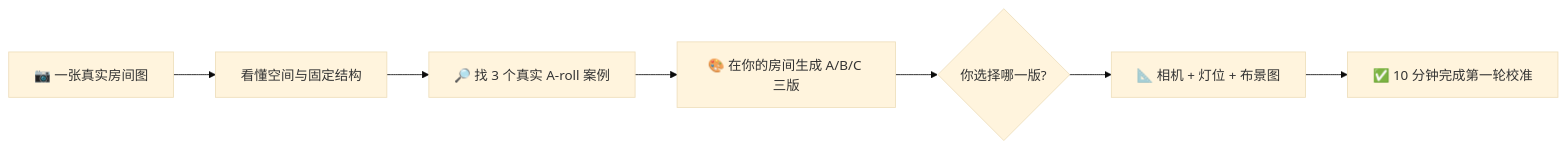
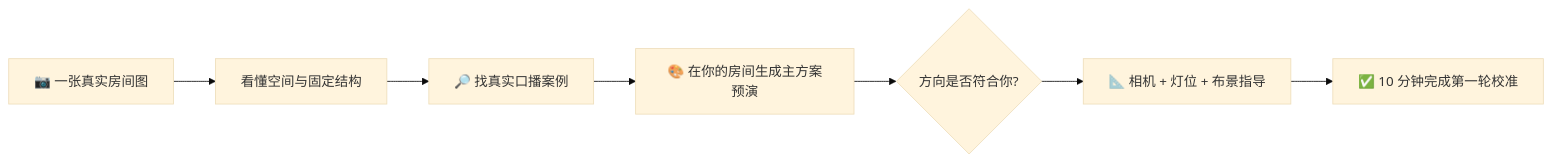
Before and after one commit to joshzhao-ai/Josh-creator-scene-skill: the diagram in README.md, drawn with Mermaid (base theme). The commit also changed other lines of this file and 4 other files, not shown here.

````diff
--- a/README.md
+++ b/README.md
@@ -140,9 +140,9 @@
 ```mermaid
 flowchart LR
     A[📷 一张真实房间图] --> B[看懂空间与固定结构]
-    B --> C[🔎 找 3 个真实 A-roll 案例]
-    C --> D[🎨 在你的房间生成 A/B/C 三版]
-    D --> E{你选择哪一版?}
-    E --> F[📐 相机 + 灯位 + 布景图]
+    B --> C[🔎 找真实口播案例]
+    C --> D[🎨 在你的房间生成主方案预演]
+    D --> E{方向是否符合你?}
+    E --> F[📐 相机 + 灯位 + 布景指导]
     F --> G[✅ 10 分钟完成第一轮校准]
 ```
````
